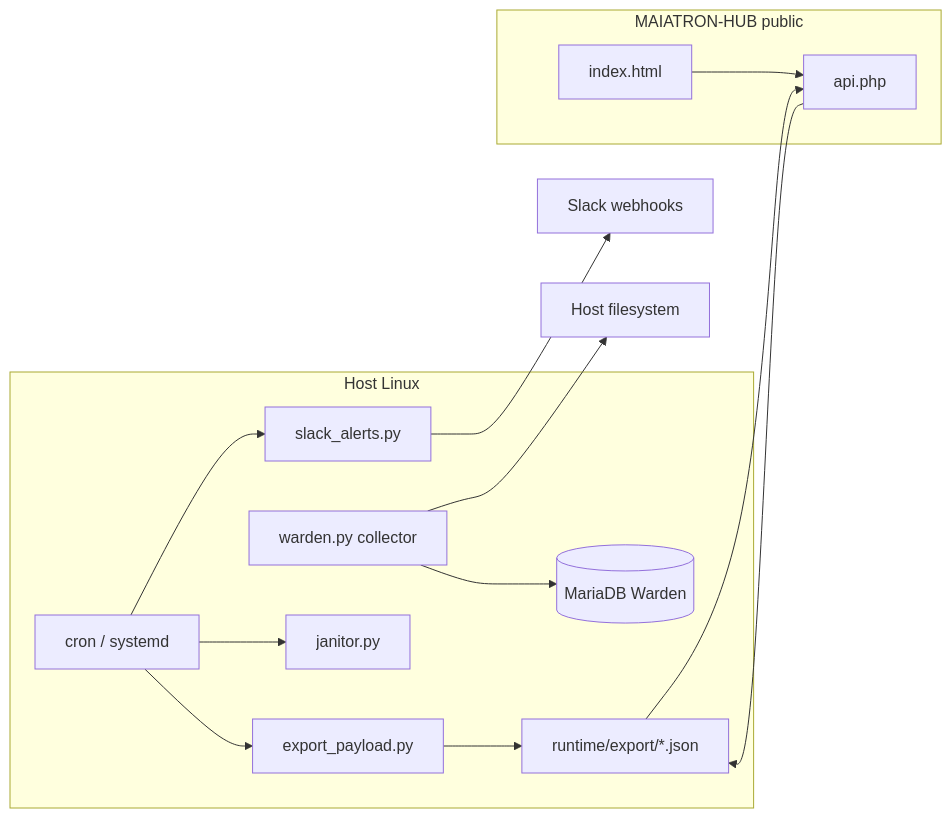
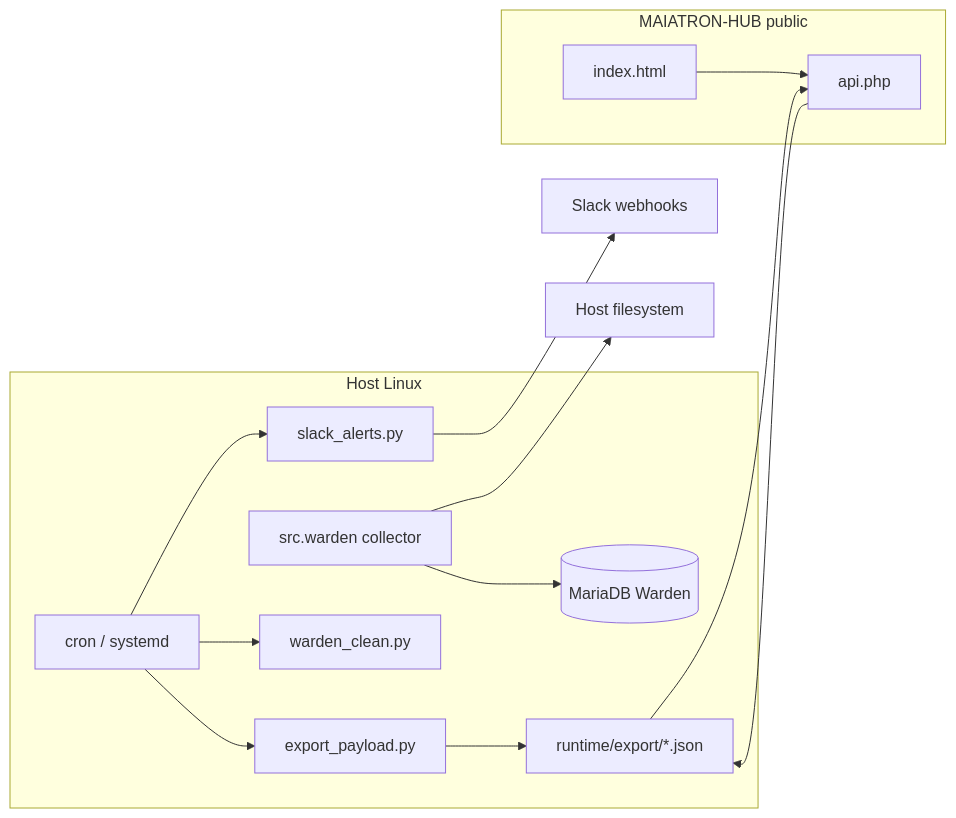
One commit to emanuwells/Warden changed the diagram in README.md. Above: the diagram before and after it, drawn with Mermaid. The commit also changed other lines of this file and 72 other files, not shown here.

First line of the commit message:
Rename janitor to warden_clean; restructure repo

````diff
--- a/README.md
+++ b/README.md
@@ -36,24 +36,24 @@
 ```mermaid
 flowchart LR
   subgraph host [Host Linux]
-    warden[warden.py collector]
+    warden[src.warden collector]
     cron[cron / systemd]
     export[export_payload.py]
-    janitor[janitor.py]
+    clean[warden_clean.py]
     slack[slack_alerts.py]
     warden --> dbW[(MariaDB Warden)]
     cron --> export
-    cron --> janitor
+    cron --> clean
     cron --> slack
     export --> snapshots[runtime/export/*.json]
   end
   subgraph hub [MAIATRON-HUB public]
     api[api.php]
     ui[index.html]
     api --> snapshots
     ui --> api
   end
   snapshots --> api
   slack --> slackExt[Slack webhooks]
   warden --> monitor[Host filesystem]
 ```
````
